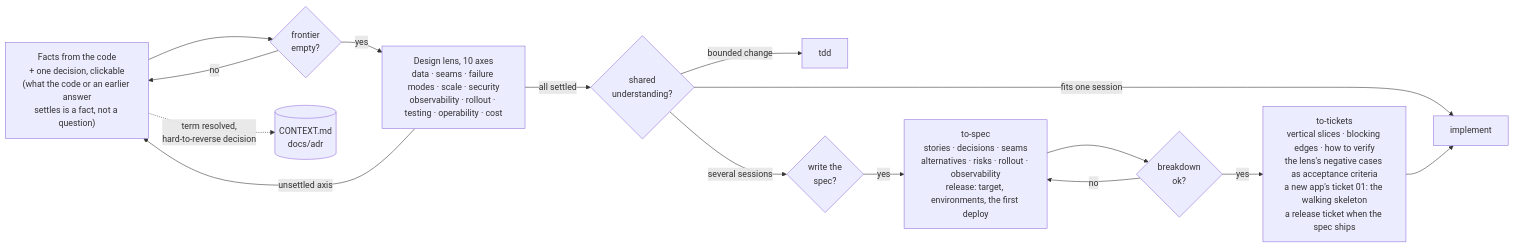
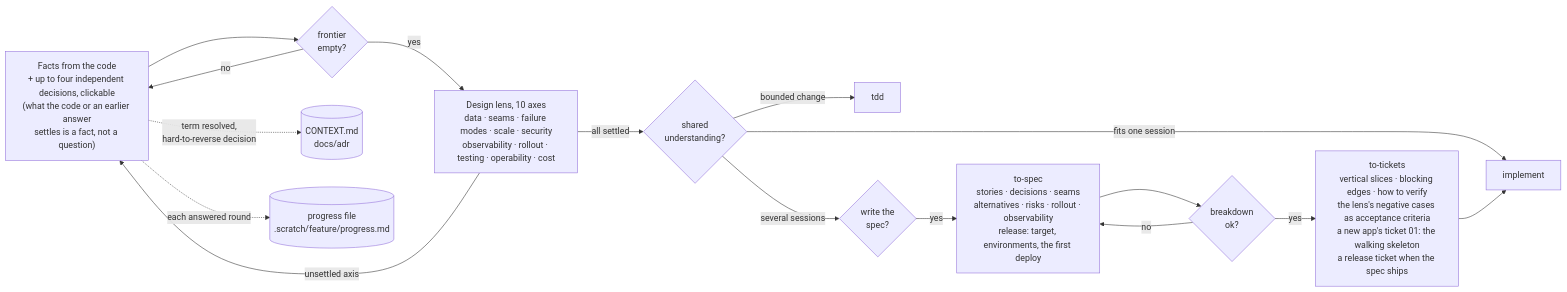
Before and after one commit to gabriel-tutor/seams: the second of 3 diagrams in README.md, drawn with Mermaid. The commit also changed other lines of this file and 8 other files, not shown here.

````diff
--- a/README.md
+++ b/README.md
@@ -71,16 +71,17 @@
 ```mermaid
 flowchart LR
-    G["Facts from the code<br/>+ one decision, clickable<br/>(what the code or an earlier answer<br/>settles is a fact, not a question)"] --> Q{frontier<br/>empty?}
+    G["Facts from the code<br/>+ up to four independent decisions, clickable<br/>(what the code or an earlier answer<br/>settles is a fact, not a question)"] --> Q{frontier<br/>empty?}
     Q -->|no| G
     Q -->|yes| L["Design lens, 10 axes<br/>data · seams · failure modes · scale · security<br/>observability · rollout · testing · operability · cost"]
     L -->|unsettled axis| G
     L -->|all settled| C{shared<br/>understanding?}
     G -.term resolved,<br/>hard-to-reverse decision.-> CX[(CONTEXT.md<br/>docs/adr)]
+    G -.each answered round.-> PF[(progress file<br/>.scratch/feature/progress.md)]
     C -->|bounded change| T["tdd"]
     C -->|fits one session| I["implement"]
     C -->|several sessions| SP{write the<br/>spec?}
     SP -->|yes| SPEC["to-spec<br/>stories · decisions · seams<br/>alternatives · risks · rollout · observability<br/>release: target, environments, the first deploy"]
     SPEC --> TK{breakdown<br/>ok?}
     TK -->|no| SPEC
     TK -->|yes| TKT["to-tickets<br/>vertical slices · blocking edges · how to verify<br/>the lens's negative cases as acceptance criteria<br/>a new app's ticket 01: the walking skeleton<br/>a release ticket when the spec ships"] --> I
 ```
````
